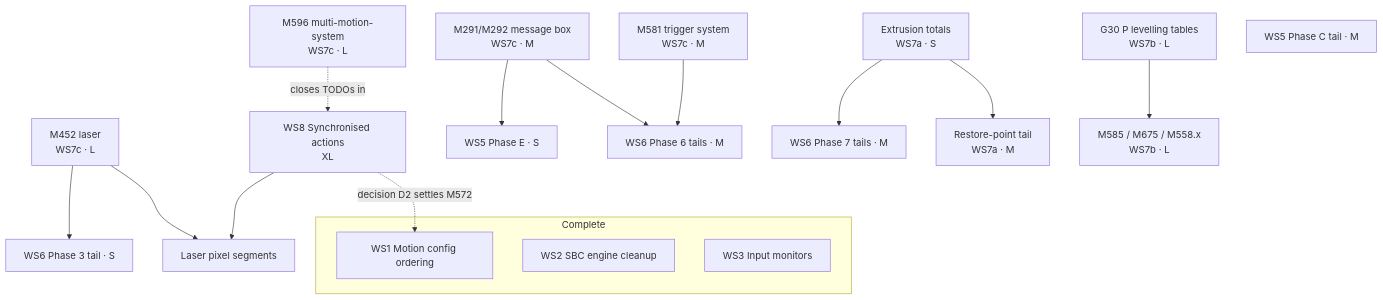
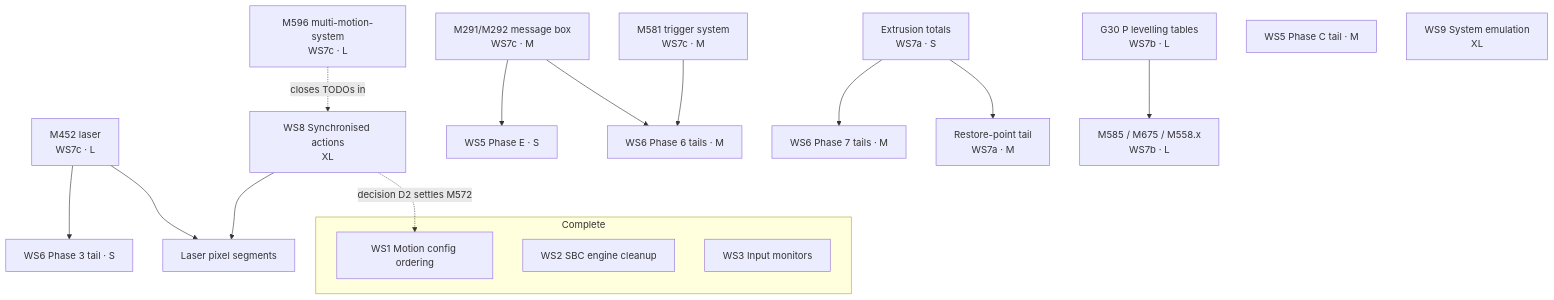
One commit to Duet3D/DuetSoftwareFramework changed the diagram in docs/devel/PROJECT_OVERVIEW.md. Above: the diagram before and after it, drawn with Mermaid. The commit also changed other lines of this file and 1 other file, not shown here.

First line of the commit message:
docs: plan the staged system emulation test bench

````diff
--- a/docs/devel/PROJECT_OVERVIEW.md
+++ b/docs/devel/PROJECT_OVERVIEW.md
@@ -196,37 +219,38 @@
 ```mermaid
 graph TD
     subgraph done ["Complete"]
         WS1["WS1 Motion config ordering"]
         WS2["WS2 SBC engine cleanup"]
         WS3["WS3 Input monitors"]
     end
 
     M291["M291/M292 message box<br/>WS7c · M"]
     M581["M581 trigger system<br/>WS7c · M"]
     M452["M452 laser<br/>WS7c · L"]
     M596["M596 multi-motion-system<br/>WS7c · L"]
     EXTR["Extrusion totals<br/>WS7a · S"]
     G30P["G30 P levelling tables<br/>WS7b · L"]
 
     E_C["WS5 Phase C tail · M"]
     E_E["WS5 Phase E · S"]
     J6["WS6 Phase 6 tails · M"]
     J3["WS6 Phase 3 tail · S"]
     J7["WS6 Phase 7 tails · M"]
     PROBE["M585 / M675 / M558.x<br/>WS7b · L"]
     RP["Restore-point tail<br/>WS7a · M"]
     WS8["WS8 Synchronised actions<br/>XL"]
     LASERSEG["Laser pixel segments"]
+    WS9["WS9 System emulation<br/>XL"]
 
     M291 --> E_E
     M291 --> J6
     M581 --> J6
     M452 --> J3
     EXTR --> J7
     EXTR --> RP
     G30P --> PROBE
     M596 -.->|closes TODOs in| WS8
     WS8 --> LASERSEG
     M452 --> LASERSEG
     WS8 -.->|decision D2 settles M572| WS1
 ```
````
